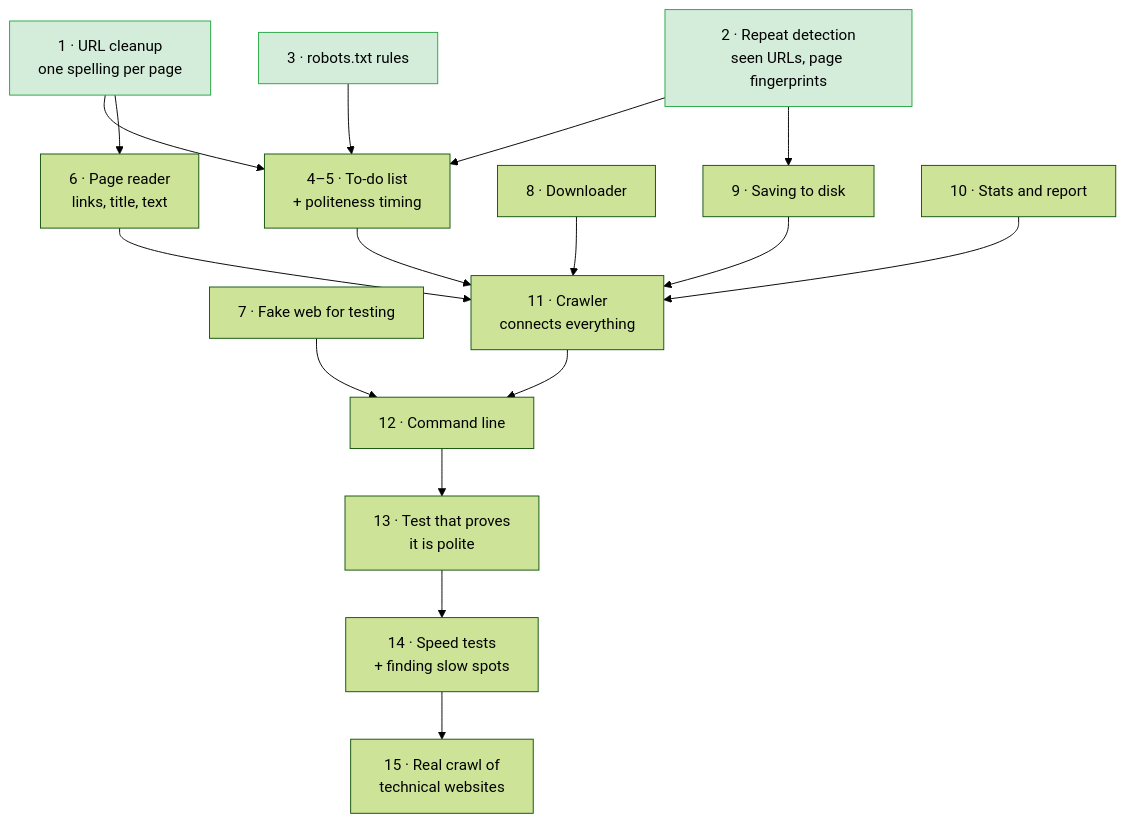
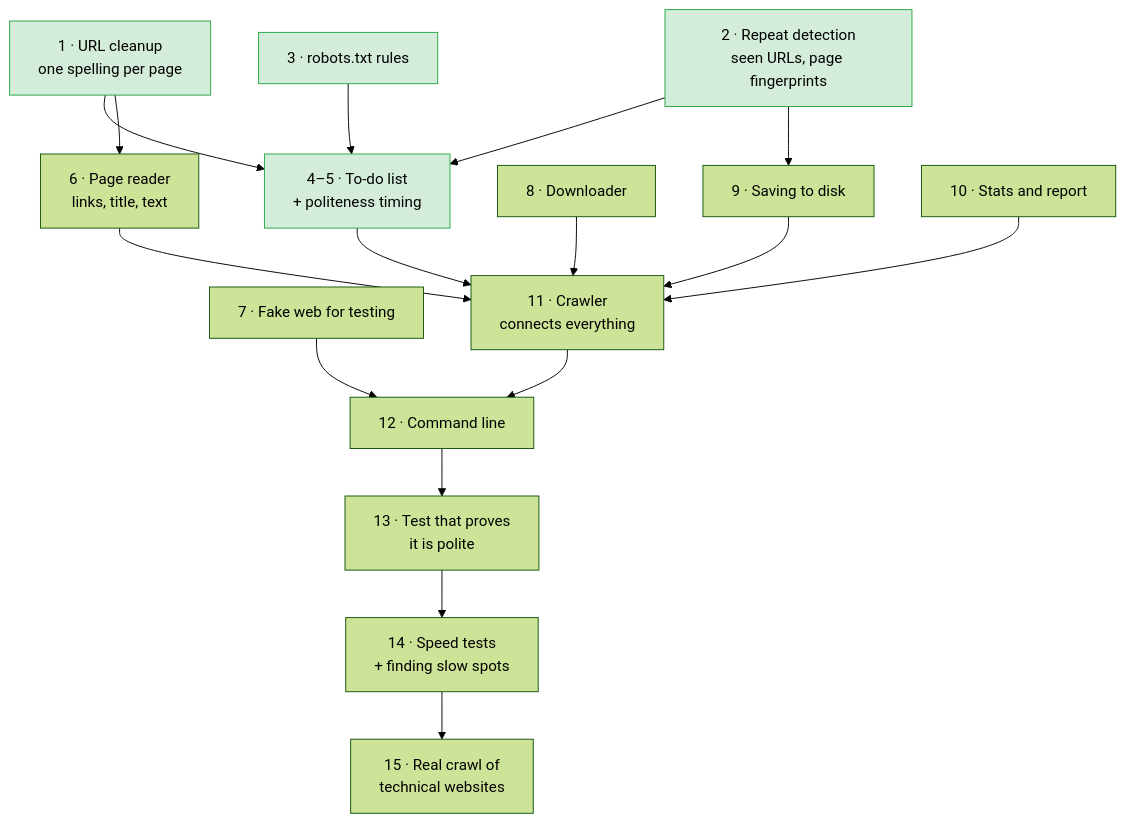
The fourth of 4 diagrams in README.md (Armaan-king/McCrawl), drawn with Mermaid (forest theme) before and after one commit. The commit also changed other lines of this file and 5 other files, not shown here.

````diff
--- a/README.md
+++ b/README.md
@@ -118,33 +118,33 @@
 ```mermaid
 flowchart TD
     urlnorm["1 · URL cleanup<br/>one spelling per page"]:::done
     dedup["2 · Repeat detection<br/>seen URLs, page fingerprints"]:::done
     robots["3 · robots.txt rules"]:::done
-    frontier["4–5 · To-do list<br/>+ politeness timing"]
+    frontier["4–5 · To-do list<br/>+ politeness timing"]:::done
     parse["6 · Page reader<br/>links, title, text"]
     mockweb["7 · Fake web for testing"]
     fetch["8 · Downloader"]
     store["9 · Saving to disk"]
     metrics["10 · Stats and report"]
     crawler["11 · Crawler<br/>connects everything"]
     cli["12 · Command line"]
     proof["13 · Test that proves<br/>it is polite"]
     bench["14 · Speed tests<br/>+ finding slow spots"]
     real["15 · Real crawl of<br/>technical websites"]
 
     urlnorm --> frontier
     dedup --> frontier
     robots --> frontier
     urlnorm --> parse
     dedup --> store
     frontier --> crawler
     parse --> crawler
     fetch --> crawler
     store --> crawler
     metrics --> crawler
     crawler --> cli
     mockweb --> cli
     cli --> proof --> bench --> real
 
     classDef done fill:#d4edda,stroke:#28a745,color:#000
 ```
````
